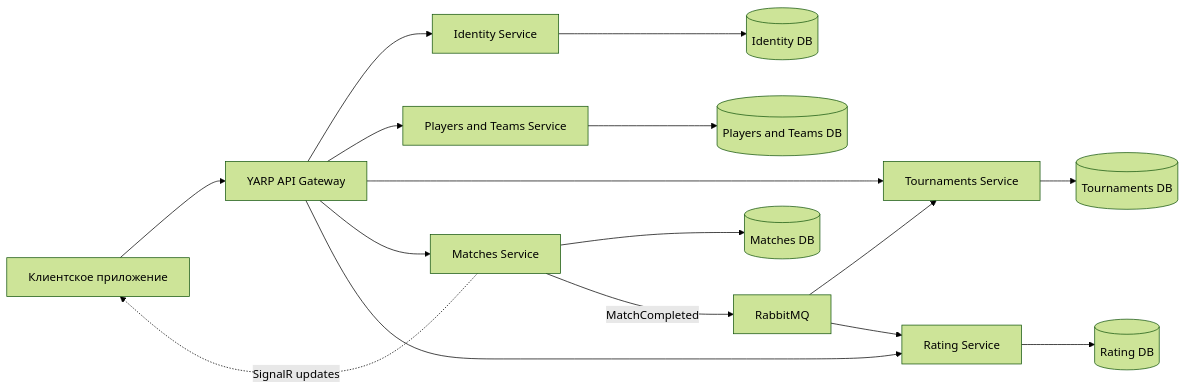
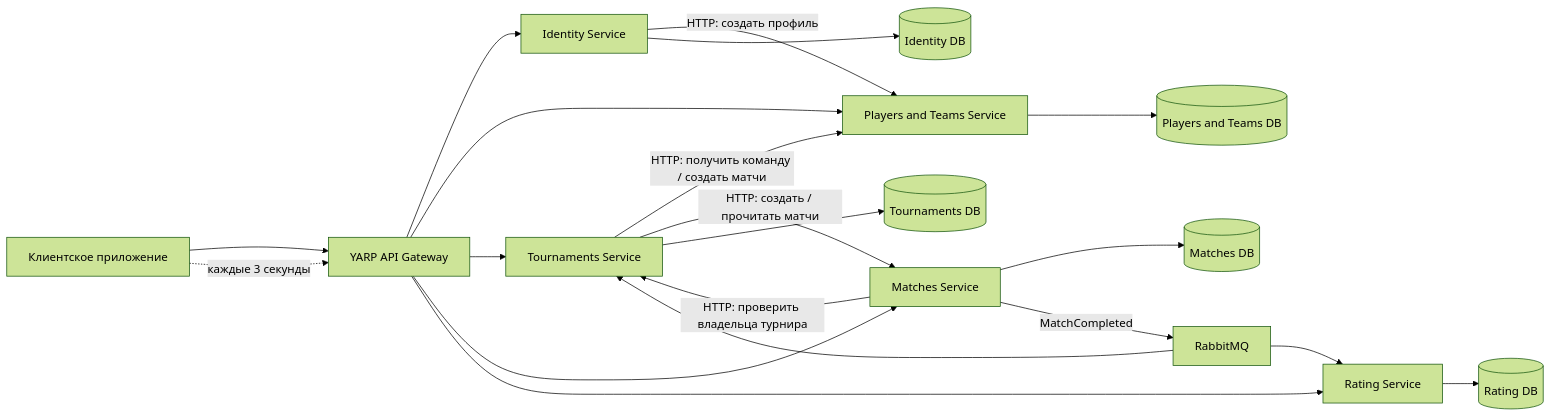
One commit to Neyvk/TournamentPlatform changed the first of 3 diagrams in docs/ARCHITECTURE.md. Above: the diagram before and after it, drawn with Mermaid (forest theme). The commit also changed other lines of this file and 2 other files, not shown here.

````diff
--- a/docs/ARCHITECTURE.md
+++ b/docs/ARCHITECTURE.md
@@ -44,22 +44,27 @@
 ```mermaid
 flowchart LR
     Client[Клиентское приложение] --> Gateway[YARP API Gateway]
 
     Gateway --> Identity[Identity Service]
     Gateway --> Players[Players and Teams Service]
     Gateway --> Tournaments[Tournaments Service]
     Gateway --> Matches[Matches Service]
     Gateway --> Rating[Rating Service]
+
+    Identity -->|HTTP: создать профиль| Players
+    Tournaments -->|HTTP: получить команду / создать матчи| Players
+    Tournaments -->|HTTP: создать / прочитать матчи| Matches
+    Matches -->|HTTP: проверить владельца турнира| Tournaments
 
     Identity --> DBI[(Identity DB)]
     Players --> DBP[(Players and Teams DB)]
     Tournaments --> DBT[(Tournaments DB)]
     Matches --> DBM[(Matches DB)]
     Rating --> DBR[(Rating DB)]
 
     Matches -->|MatchCompleted| RabbitMQ[RabbitMQ]
     RabbitMQ --> Tournaments
     RabbitMQ --> Rating
 
-    Matches -. SignalR updates .-> Client
+    Client -. каждые 3 секунды .-> Gateway
 ```
````
